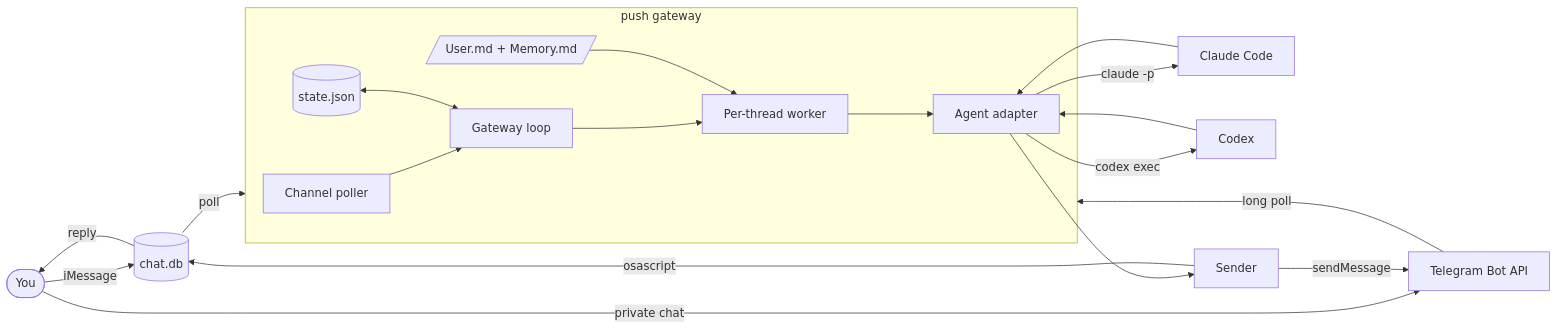
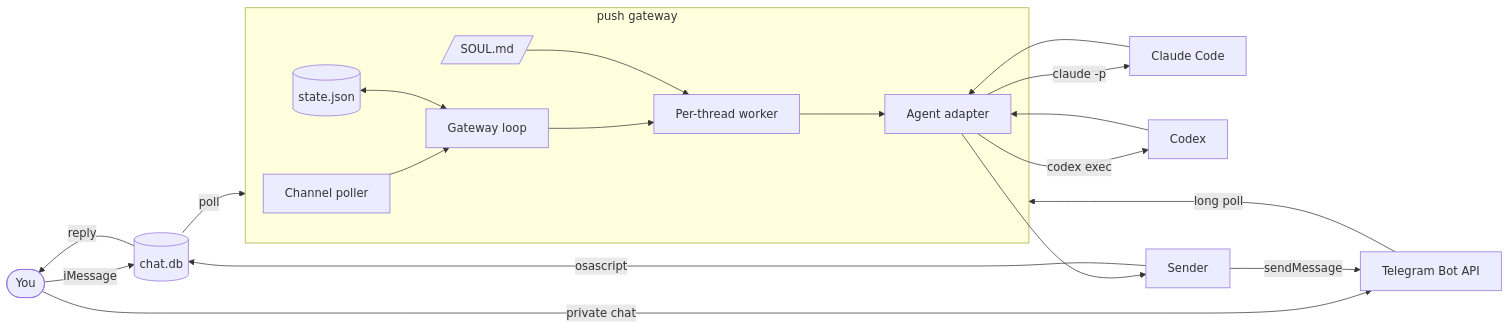
One commit to owainlewis/push changed the first of 2 diagrams in docs/architecture.md. Above: the diagram before and after it, drawn with Mermaid. The commit also changed other lines of this file and 17 other files, not shown here.

````diff
--- a/docs/architecture.md
+++ b/docs/architecture.md
@@ -56,22 +55,22 @@
 ```mermaid
 flowchart LR
     user([You]) -->|iMessage| db[(chat.db)]
     user -->|private chat| tg[Telegram Bot API]
     db -->|poll| push
     tg -->|long poll| push
     subgraph push[push gateway]
         poller[Channel poller] --> gateway[Gateway loop]
         gateway --> worker[Per-thread worker]
         store[(state.json)] <--> gateway
-        memory[/User.md + Memory.md/] --> worker
+        soul[/SOUL.md/] --> worker
         worker --> adapter[Agent adapter]
     end
     adapter -->|claude -p| claude[Claude Code]
     adapter -->|codex exec| codex[Codex]
     claude --> adapter
     codex --> adapter
     adapter --> sender[Sender]
     sender -->|osascript| db
     sender -->|sendMessage| tg
     db -->|reply| user
 ```
````
